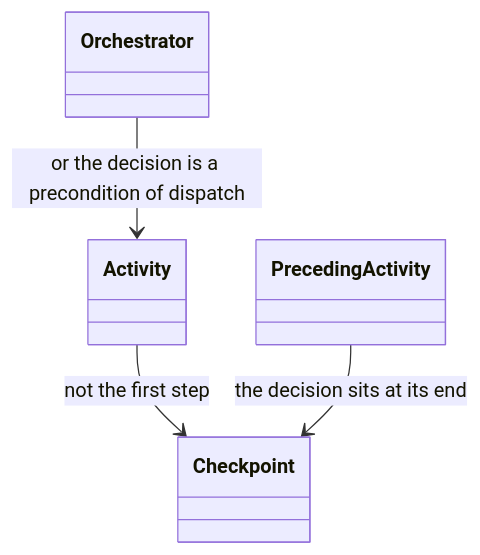
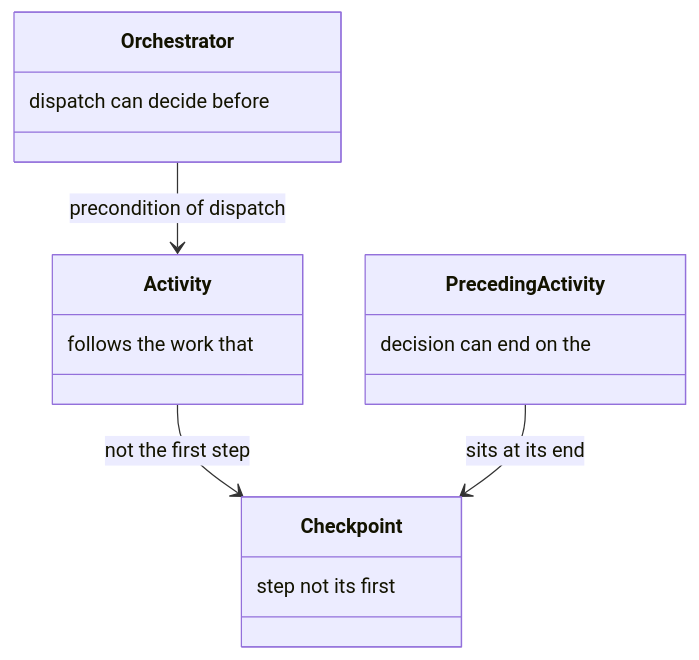
One commit to m2ux/workflow-server changed diagram 20 of 22 in docs/checkpoint.md. Above: the diagram before and after it, drawn with Mermaid. The commit also changed other lines of this file and 13 other files, not shown here.

````diff
--- a/docs/checkpoint.md
+++ b/docs/checkpoint.md
@@ -318,10 +370,18 @@
 ```mermaid
 classDiagram
-  class Activity
-  class Checkpoint
-  class PrecedingActivity
-  class Orchestrator
+  class Activity {
+    follows the work that
+  }
+  class Checkpoint {
+    step not its first
+  }
+  class PrecedingActivity {
+    decision can end on the
+  }
+  class Orchestrator {
+    dispatch can decide before
+  }
   Activity --> Checkpoint : not the first step
-  PrecedingActivity --> Checkpoint : the decision sits at its end
-  Orchestrator --> Activity : or the decision is a precondition of dispatch
+  PrecedingActivity --> Checkpoint : sits at its end
+  Orchestrator --> Activity : precondition of dispatch
 ```
````
